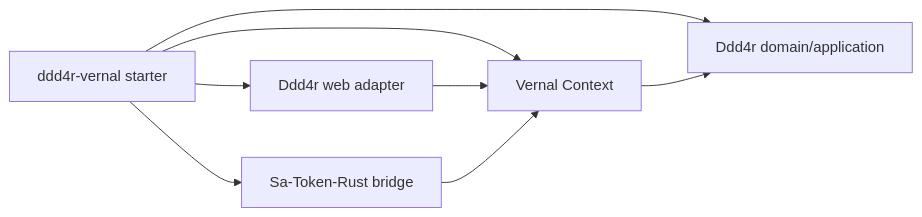
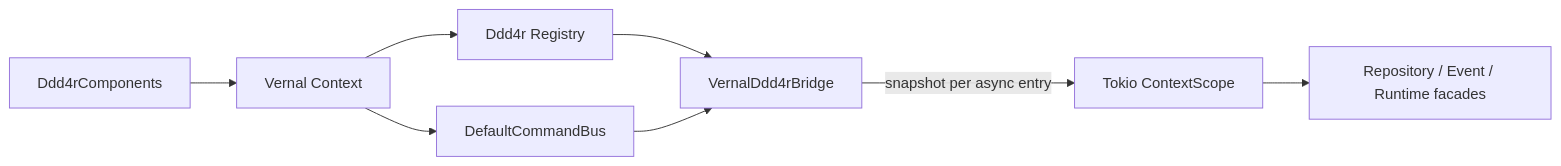
The tenth of 10 diagrams in docs/Vernal-Architecture.md (easy-4-rust/vernal), drawn with Mermaid before and after one commit. The commit also changed other lines of this file and 5 other files, not shown here.

Commit message:
docs(integration): record Ddd4r Tokio bridge

````diff
--- a/docs/Vernal-Architecture.md
+++ b/docs/Vernal-Architecture.md
@@ -623,10 +633,10 @@
 ```mermaid
 flowchart LR
-    Starter["ddd4r-vernal starter"] --> VC["Vernal Context"]
-    Starter --> Domain["Ddd4r domain/application"]
-    Starter --> Security["Sa-Token-Rust bridge"]
-    Starter --> Web["Ddd4r web adapter"]
-    VC --> Domain
-    Web --> VC
-    Security --> VC
+    Components["Ddd4rComponents"] --> VC["Vernal Context"]
+    VC --> Registry["Ddd4r Registry"]
+    VC --> Bus["DefaultCommandBus"]
+    Registry --> Bridge["VernalDdd4rBridge"]
+    Bus --> Bridge
+    Bridge -->|"snapshot per async entry"| Scope["Tokio ContextScope"]
+    Scope --> Domain["Repository / Event / Runtime facades"]
 ```
````
